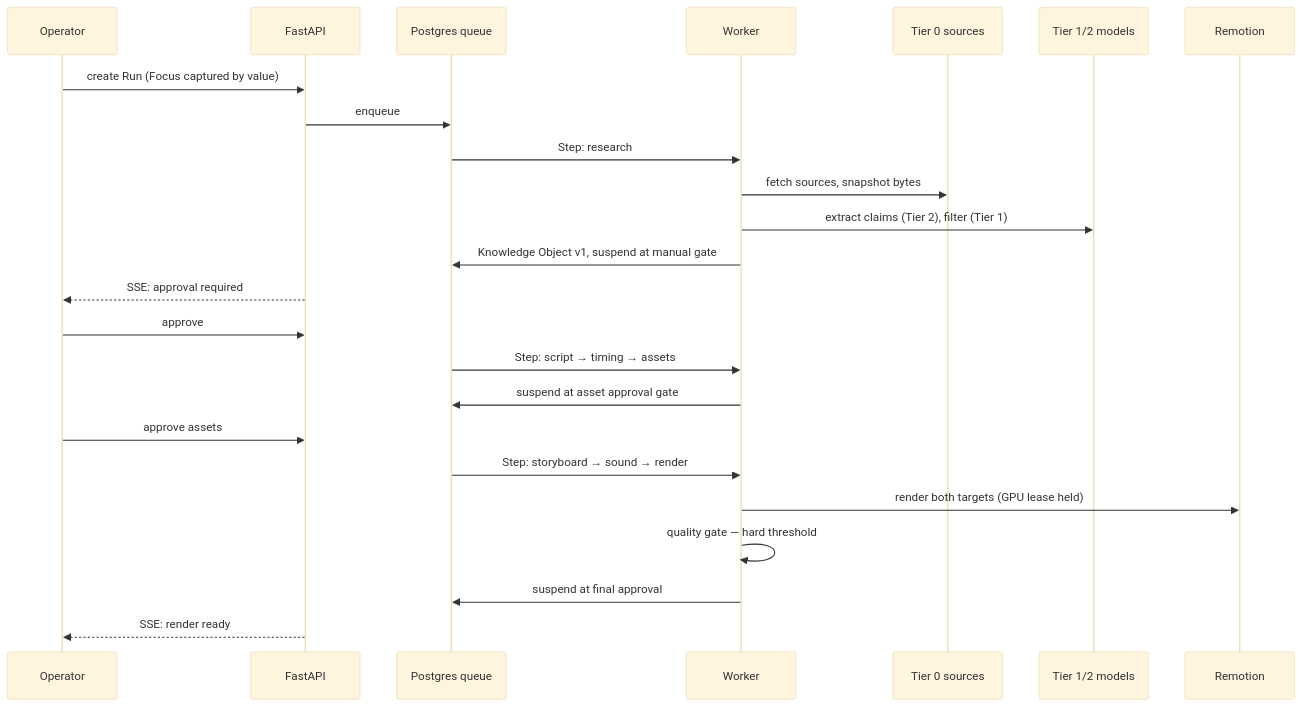
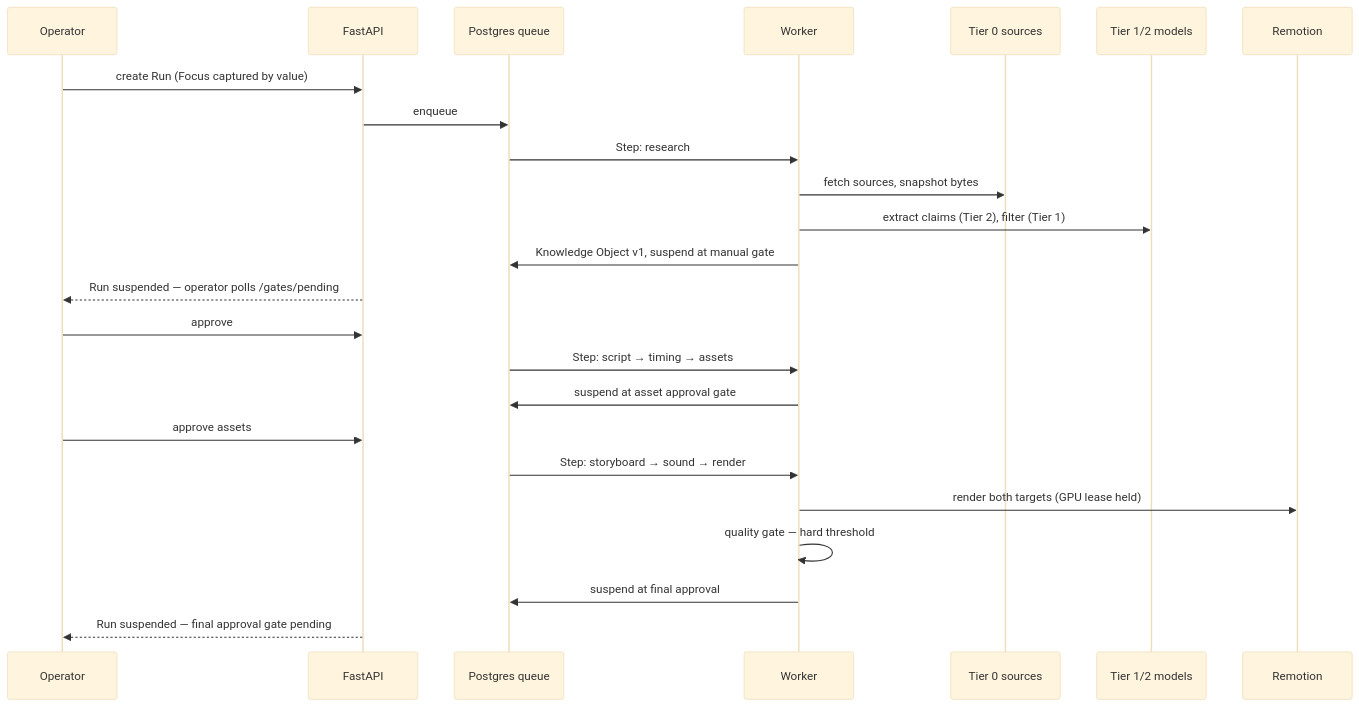
The third of 3 diagrams in docs/ARCHITECTURE.md (bittu1400/atlas), drawn with Mermaid (base theme) before and after one commit. The commit also changed other lines of this file and 21 other files, not shown here.

````diff
--- a/docs/ARCHITECTURE.md
+++ b/docs/ARCHITECTURE.md
@@ -168,27 +219,27 @@
 ```mermaid
 sequenceDiagram
     participant O as Operator
     participant API as FastAPI
     participant Q as Postgres queue
     participant W as Worker
     participant T0 as Tier 0 sources
     participant T12 as Tier 1/2 models
     participant R as Remotion
 
     O->>API: create Run (Focus captured by value)
     API->>Q: enqueue
     Q->>W: Step: research
     W->>T0: fetch sources, snapshot bytes
     W->>T12: extract claims (Tier 2), filter (Tier 1)
     W->>Q: Knowledge Object v1, suspend at manual gate
-    API-->>O: SSE: approval required
+    API-->>O: Run suspended — operator polls /gates/pending
     O->>API: approve
     Q->>W: Step: script → timing → assets
     W->>Q: suspend at asset approval gate
     O->>API: approve assets
     Q->>W: Step: storyboard → sound → render
     W->>R: render both targets (GPU lease held)
     W->>W: quality gate — hard threshold
     W->>Q: suspend at final approval
-    API-->>O: SSE: render ready
+    API-->>O: Run suspended — final approval gate pending
 ```
````
